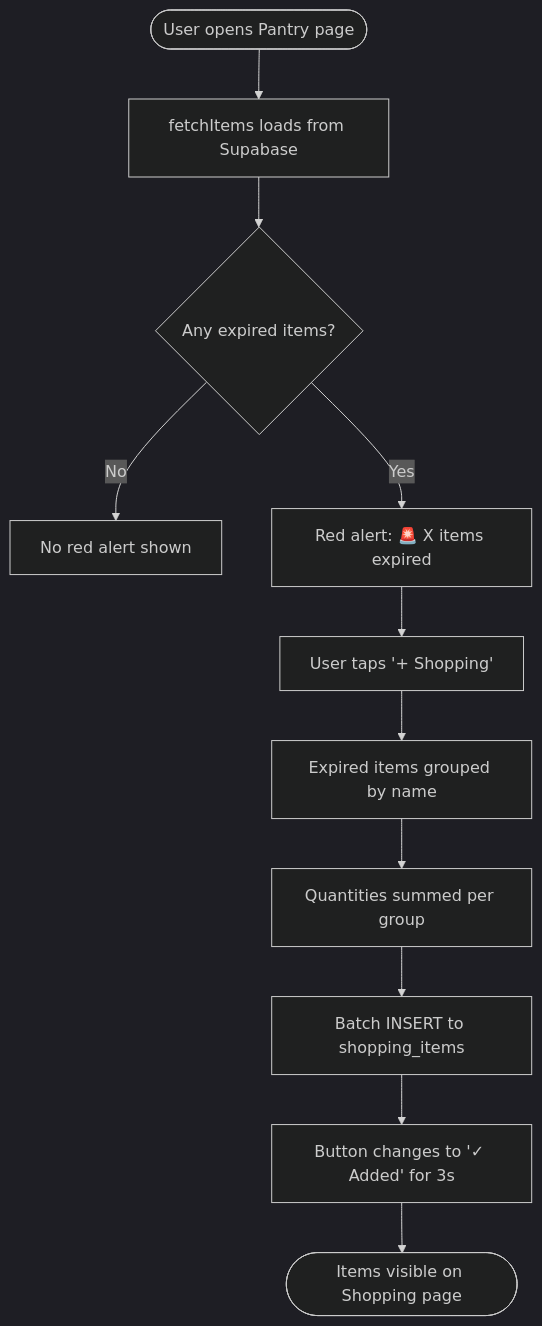
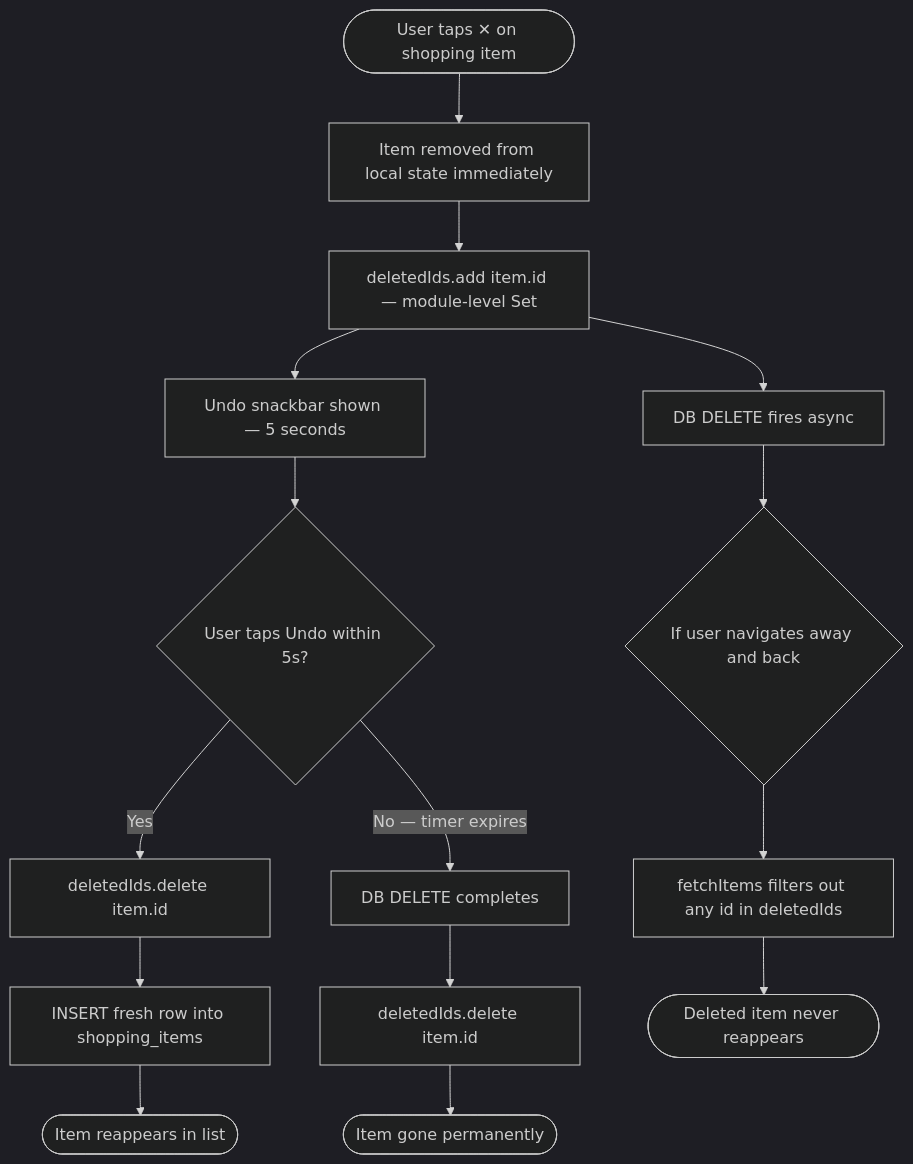
Before and after one commit to JuliaBulg/family-hub: the ninth of 14 diagrams in docs/DIAGRAMS.md, drawn with Mermaid (dark theme). The commit also changed other lines of this file and 2 other files, not shown here.

````diff
--- a/docs/DIAGRAMS.md
+++ b/docs/DIAGRAMS.md
@@ -321,13 +294,20 @@
 ```mermaid
 flowchart TD
-    A([User opens Pantry page]) --> B[fetchItems loads from Supabase]
-    B --> C{Any expired items?}
-    C -->|No| D[No red alert shown]
-    C -->|Yes| E[Red alert: 🚨 X items expired]
-    E --> F[User taps '+ Shopping']
-    F --> G[Expired items grouped by name]
-    G --> H[Quantities summed per group]
-    H --> I[Batch INSERT to shopping_items]
-    I --> J[Button changes to '✓ Added' for 3s]
-    J --> K([Items visible on Shopping page])
+    A([User taps ✕ on shopping item]) --> B[Item removed from local state immediately]
+    B --> C[deletedIds.add item.id — module-level Set]
+    C --> D[Undo snackbar shown — 5 seconds]
+    C --> E[DB DELETE fires async]
+
+    D --> F{User taps Undo within 5s?}
+    F -->|Yes| G[deletedIds.delete item.id]
+    G --> H[INSERT fresh row into shopping_items]
+    H --> I([Item reappears in list])
+
+    F -->|No — timer expires| J[DB DELETE completes]
+    J --> K[deletedIds.delete item.id]
+    K --> L([Item gone permanently])
+
+    E --> M{If user navigates away and back}
+    M --> N[fetchItems filters out any id in deletedIds]
+    N --> O([Deleted item never reappears])
 ```
````
